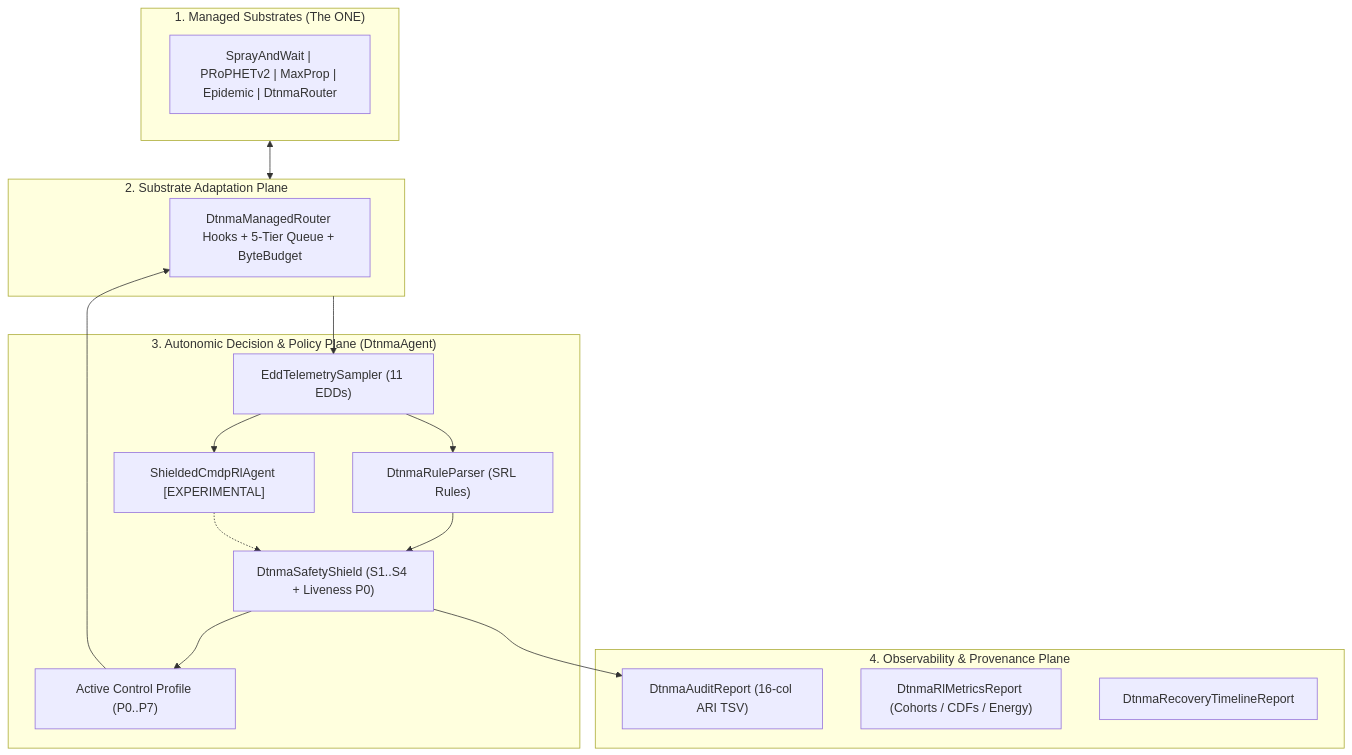
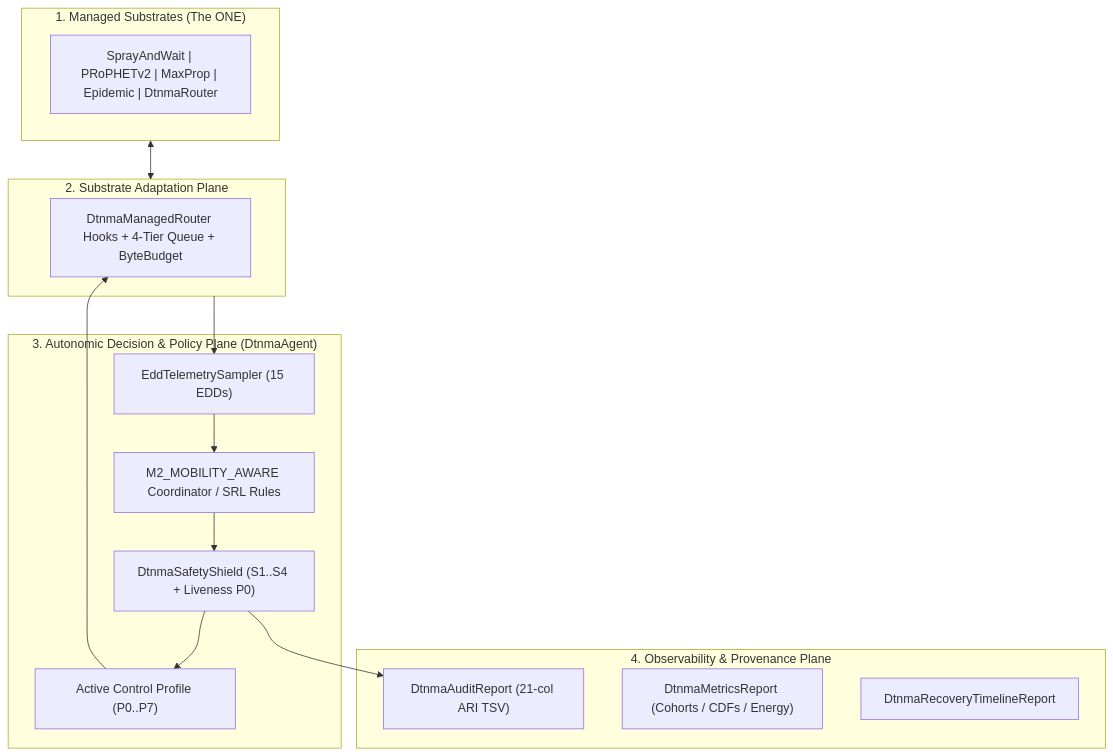
Before and after one commit to nafisshahriar/ADTNM: the diagram in docs/study-guide/figures/mmd/fig01_architecture_overview.mmd, drawn with Mermaid. The commit also changed 186 other files, not shown here.

```diff
--- a/docs/study-guide/figures/mmd/fig01_architecture_overview.mmd
+++ b/docs/study-guide/figures/mmd/fig01_architecture_overview.mmd
@@ -1,26 +1,23 @@
 flowchart TB
   subgraph P4["4. Observability & Provenance Plane"]
-    R1["DtnmaAuditReport (16-col ARI TSV)"]
-    R2["DtnmaRlMetricsReport (Cohorts / CDFs / Energy)"]
+    R1["DtnmaAuditReport (21-col ARI TSV)"]
+    R2["DtnmaMetricsReport (Cohorts / CDFs / Energy)"]
     R3["DtnmaRecoveryTimelineReport"]
   end
   subgraph P3["3. Autonomic Decision & Policy Plane (DtnmaAgent)"]
-    EDD["EddTelemetrySampler (11 EDDs)"]
-    SRL["DtnmaRuleParser (SRL Rules)"]
-    RL["ShieldedCmdpRlAgent [EXPERIMENTAL]"]
+    EDD["EddTelemetrySampler (15 EDDs)"]
+    COORD["M2_MOBILITY_AWARE Coordinator / SRL Rules"]
     SHIELD["DtnmaSafetyShield (S1..S4 + Liveness P0)"]
     PROF["Active Control Profile (P0..P7)"]
-    EDD --> SRL --> SHIELD
-    EDD --> RL -.-> SHIELD
-    SHIELD --> PROF
+    EDD --> COORD --> SHIELD --> PROF
   end
   subgraph P2["2. Substrate Adaptation Plane"]
-    MR["DtnmaManagedRouter Hooks + 5-Tier Queue + ByteBudget"]
+    MR["DtnmaManagedRouter Hooks + 4-Tier Queue + ByteBudget"]
   end
   subgraph P1["1. Managed Substrates (The ONE)"]
     SUB["SprayAndWait | PRoPHETv2 | MaxProp | Epidemic | DtnmaRouter"]
   end
   P1 <--> P2
   P2 --> EDD
   PROF --> MR
   SHIELD --> R1
```
